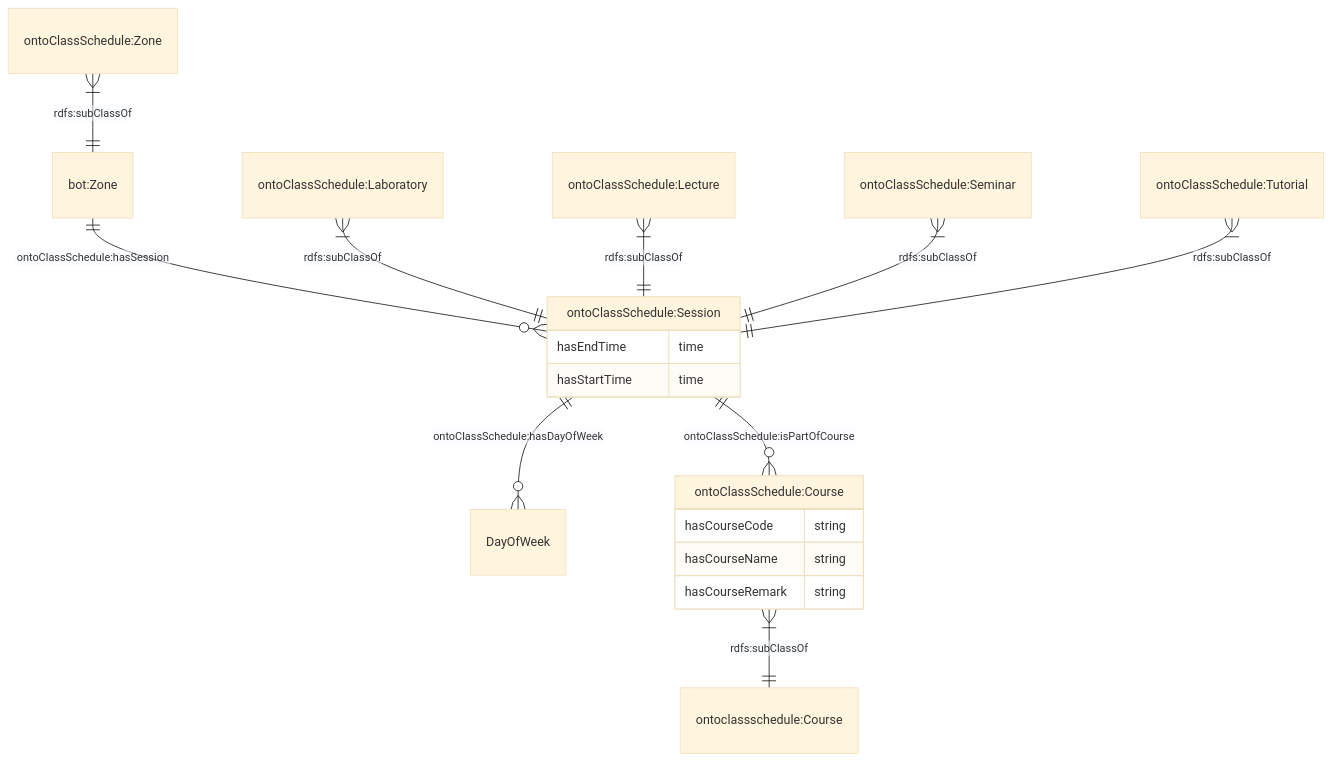
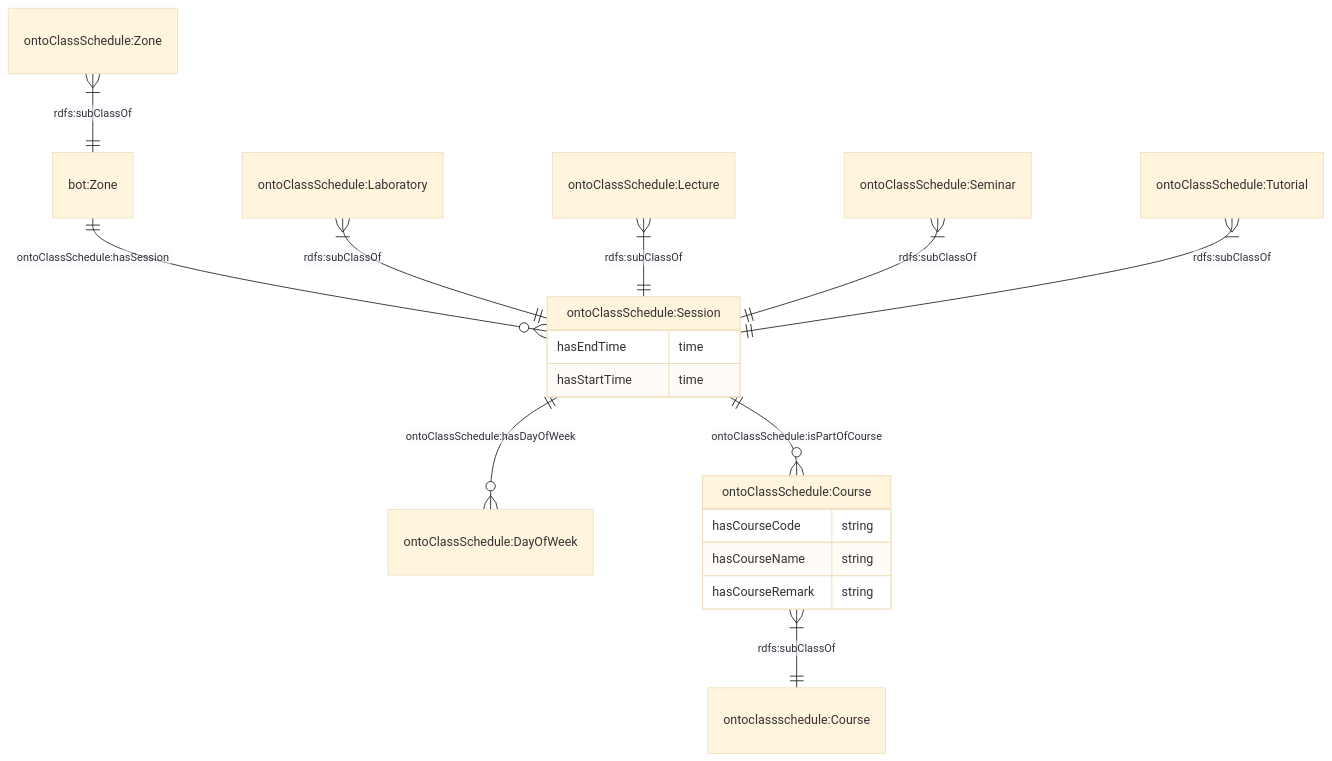
The diagram in JPS_Ontology/ontology/ontoclassschedule/README.MD (cambridge-cares/TheWorldAvatar), drawn with Mermaid (base theme) before and after one commit.

Commit message:
1669-dev-ntuinstantiationagent: Update Mermaid diagram

````diff
--- a/JPS_Ontology/ontology/ontoclassschedule/README.MD
+++ b/JPS_Ontology/ontology/ontoclassschedule/README.MD
@@ -25,45 +25,45 @@
 ```mermaid
 erDiagram
 
-"ontoClassSchedule:Session"  ||--o{  DayOfWeek  : "ontoClassSchedule:hasDayOfWeek"
+"ontoClassSchedule:Session"  ||--o{  "ontoClassSchedule:DayOfWeek"  : "ontoClassSchedule:hasDayOfWeek"
 
 "bot:Zone"  ||--o{  "ontoClassSchedule:Session"  : "ontoClassSchedule:hasSession"
 
 "ontoClassSchedule:Session"  ||--o{  "ontoClassSchedule:Course"  : "ontoClassSchedule:isPartOfCourse"
 
   
 
 "ontoClassSchedule:Course"  {
 
 hasCourseCode string
 
 hasCourseName string
 
 hasCourseRemark string
 
 }
 
   
 
 "ontoClassSchedule:Session"  {
 
 hasEndTime time
 
 hasStartTime time
 
 }
 
   
 
 "ontoClassSchedule:Zone"  }|--||  "bot:Zone"  : "rdfs:subClassOf"
 
 "ontoClassSchedule:Course"  }|--||  "ontoclassschedule:Course"  : "rdfs:subClassOf"
 
 "ontoClassSchedule:Laboratory"  }|--||  "ontoClassSchedule:Session"  : "rdfs:subClassOf"
 
 "ontoClassSchedule:Lecture"  }|--||  "ontoClassSchedule:Session"  : "rdfs:subClassOf"
 
 "ontoClassSchedule:Seminar"  }|--||  "ontoClassSchedule:Session"  : "rdfs:subClassOf"
 
 "ontoClassSchedule:Tutorial"  }|--||  "ontoClassSchedule:Session"  : "rdfs:subClassOf"
 ```
````
